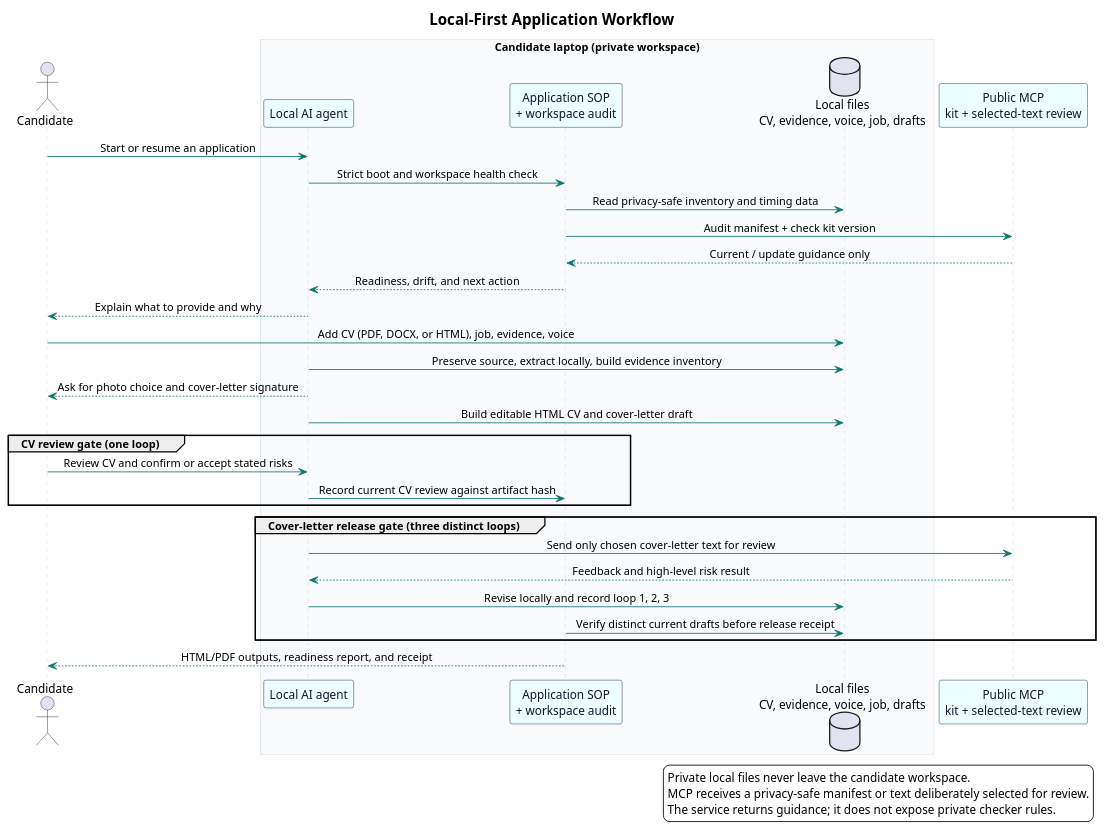
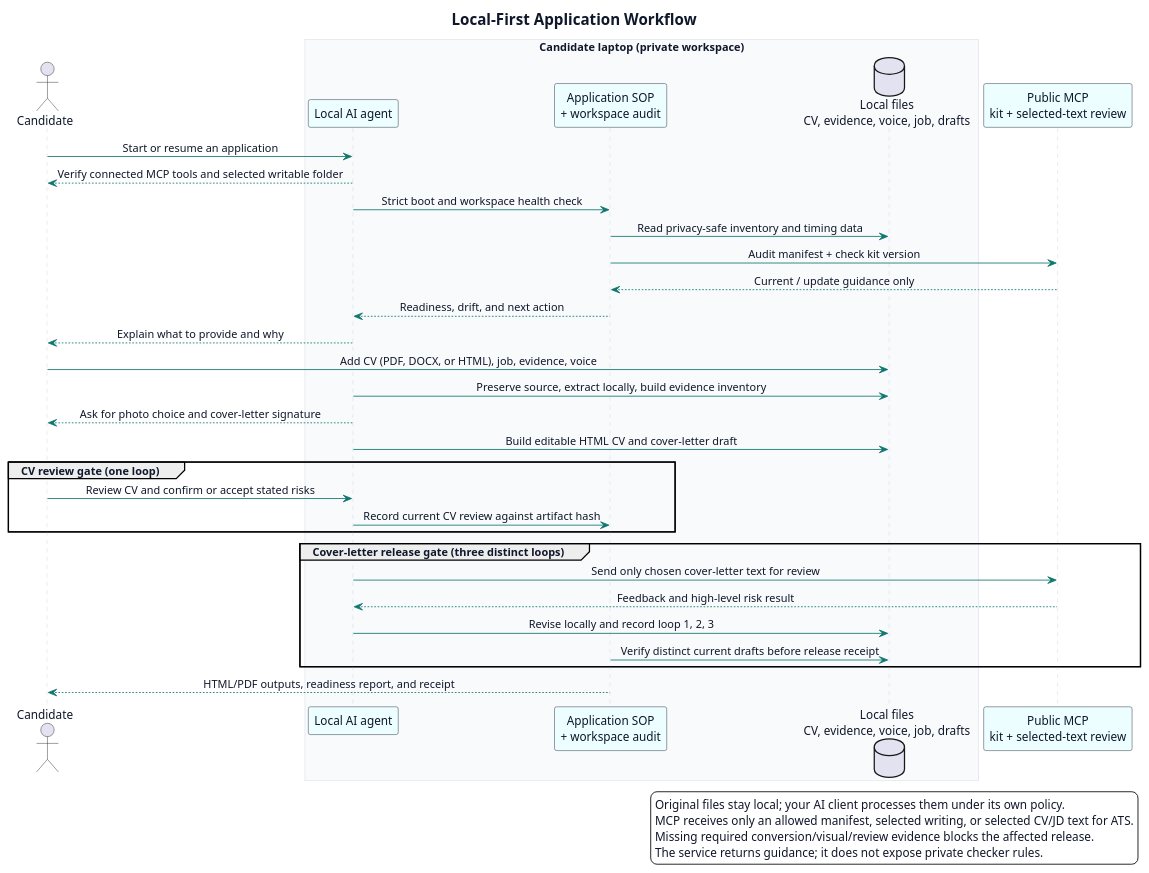
Before and after one commit to nlcuong85/cuongcv: the diagram in experimental/application-package-mcp/resources/diagrams/local-first-human-flow.puml, drawn with PlantUML. The commit also changed 41 other files, not shown here.

Commit message:
Release Job MCP agent-led onboarding

```diff
--- a/experimental/application-package-mcp/resources/diagrams/local-first-human-flow.puml
+++ b/experimental/application-package-mcp/resources/diagrams/local-first-human-flow.puml
@@ -1,62 +1,65 @@
 @startuml
 ' Traceability:
 ' - resilient-application-mcp requirements: R1-R23, R29-R32
 ' - resilient-application-mcp design: local SOP, manifest audit, release gates
 title Local-First Application Workflow
 
 skinparam backgroundColor #FFFFFF
+skinparam defaultFontColor #0F172A
 skinparam sequence {
   ArrowColor #0F766E
   LifeLineBorderColor #CBD5E1
   LifeLineBackgroundColor #F8FAFC
   ParticipantBorderColor #0F172A
   ParticipantBackgroundColor #ECFEFF
   ParticipantFontColor #0F172A
   BoxBorderColor #CBD5E1
   BoxBackgroundColor #F8FAFC
 }
 skinparam titleFontSize 18
 skinparam sequenceMessageAlign center
 
 actor Candidate
 box "Candidate laptop (private workspace)" #F8FAFC
 participant "Local AI agent" as Agent
 participant "Application SOP\n+ workspace audit" as SOP
 database "Local files\nCV, evidence, voice, job, drafts" as Local
 end box
 participant "Public MCP\nkit + selected-text review" as MCP
 
 Candidate -> Agent: Start or resume an application
+Agent --> Candidate: Verify connected MCP tools and selected writable folder
 Agent -> SOP: Strict boot and workspace health check
 SOP -> Local: Read privacy-safe inventory and timing data
 SOP -> MCP: Audit manifest + check kit version
 MCP --> SOP: Current / update guidance only
 SOP --> Agent: Readiness, drift, and next action
 Agent --> Candidate: Explain what to provide and why
 
 Candidate -> Local: Add CV (PDF, DOCX, or HTML), job, evidence, voice
 Agent -> Local: Preserve source, extract locally, build evidence inventory
 Agent --> Candidate: Ask for photo choice and cover-letter signature
 Agent -> Local: Build editable HTML CV and cover-letter draft
 
 group CV review gate (one loop)
   Candidate -> Agent: Review CV and confirm or accept stated risks
   Agent -> SOP: Record current CV review against artifact hash
 end
 
 group Cover-letter release gate (three distinct loops)
   Agent -> MCP: Send only chosen cover-letter text for review
   MCP --> Agent: Feedback and high-level risk result
   Agent -> Local: Revise locally and record loop 1, 2, 3
   SOP -> Local: Verify distinct current drafts before release receipt
 end
 
 SOP --> Candidate: HTML/PDF outputs, readiness report, and receipt
 
 legend right
-Private local files never leave the candidate workspace.
-MCP receives a privacy-safe manifest or text deliberately selected for review.
+Original files stay local; your AI client processes them under its own policy.
+MCP receives only an allowed manifest, selected writing, or selected CV/JD text for ATS.
+Missing required conversion/visual/review evidence blocks the affected release.
 The service returns guidance; it does not expose private checker rules.
 endlegend
 
 @enduml
```
